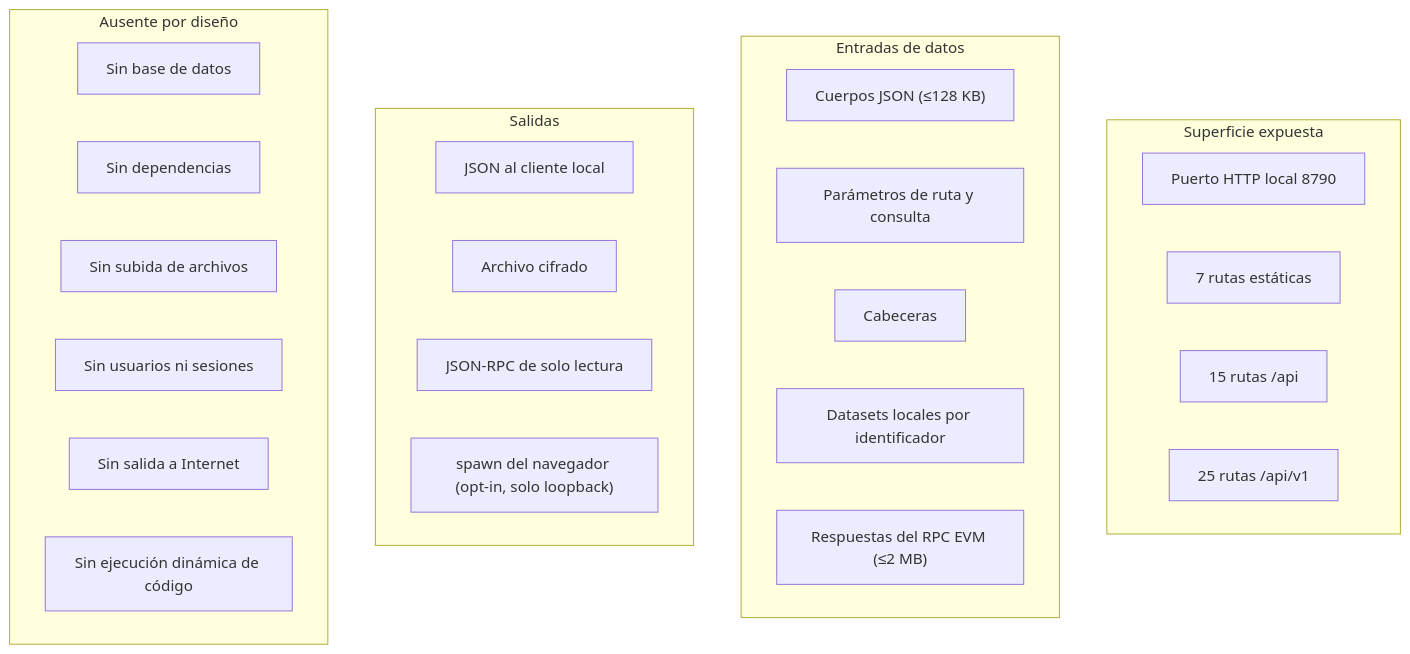
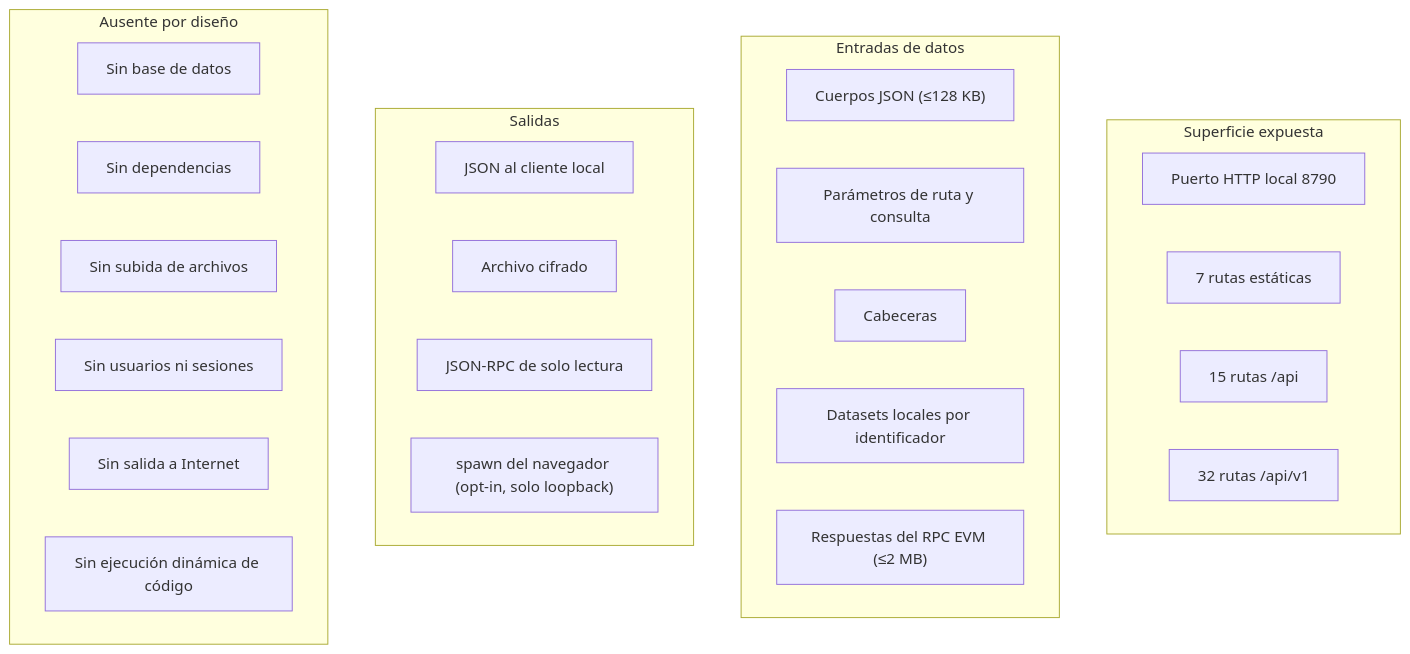
Before and after one commit to vladimiracunadev-create/rootcause-blockchain-security: the diagram in docs/system-documentation/11-security.md, drawn with Mermaid. The commit also changed 51 other files, not shown here.

````diff
--- a/docs/system-documentation/11-security.md
+++ b/docs/system-documentation/11-security.md
@@ -306,30 +306,30 @@
 ```mermaid
 flowchart TB
     subgraph EX["Superficie expuesta"]
         A["Puerto HTTP local 8790"]
         B["7 rutas estáticas"]
         C["15 rutas /api"]
-        D["25 rutas /api/v1"]
+        D["32 rutas /api/v1"]
     end
     subgraph EN["Entradas de datos"]
         E["Cuerpos JSON (≤128 KB)"]
         F["Parámetros de ruta y consulta"]
         G["Cabeceras"]
         H["Datasets locales por identificador"]
         I["Respuestas del RPC EVM (≤2 MB)"]
     end
     subgraph SA["Salidas"]
         J["JSON al cliente local"]
         K["Archivo cifrado"]
         L["JSON-RPC de solo lectura"]
         M["spawn del navegador (opt-in, solo loopback)"]
     end
     subgraph NO["Ausente por diseño"]
         N["Sin base de datos"]
         O["Sin dependencias"]
         P["Sin subida de archivos"]
         Q["Sin usuarios ni sesiones"]
         R["Sin salida a Internet"]
         S["Sin ejecución dinámica de código"]
     end
 ```
````
